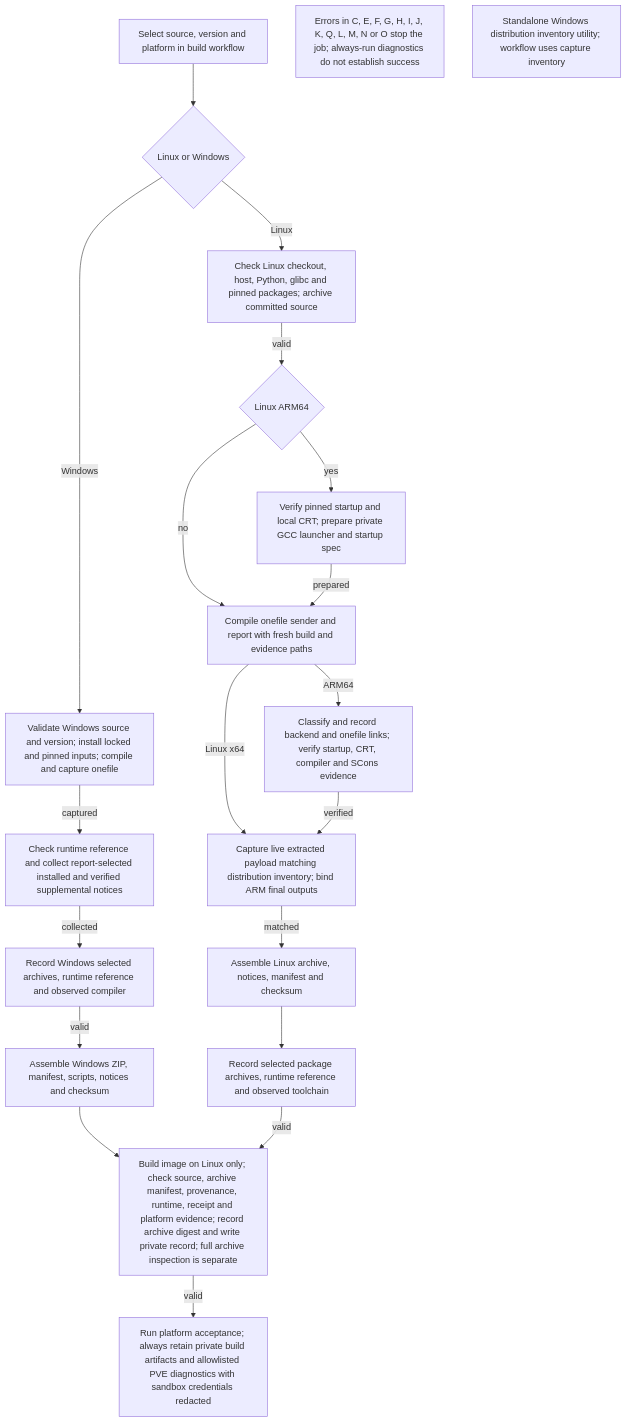
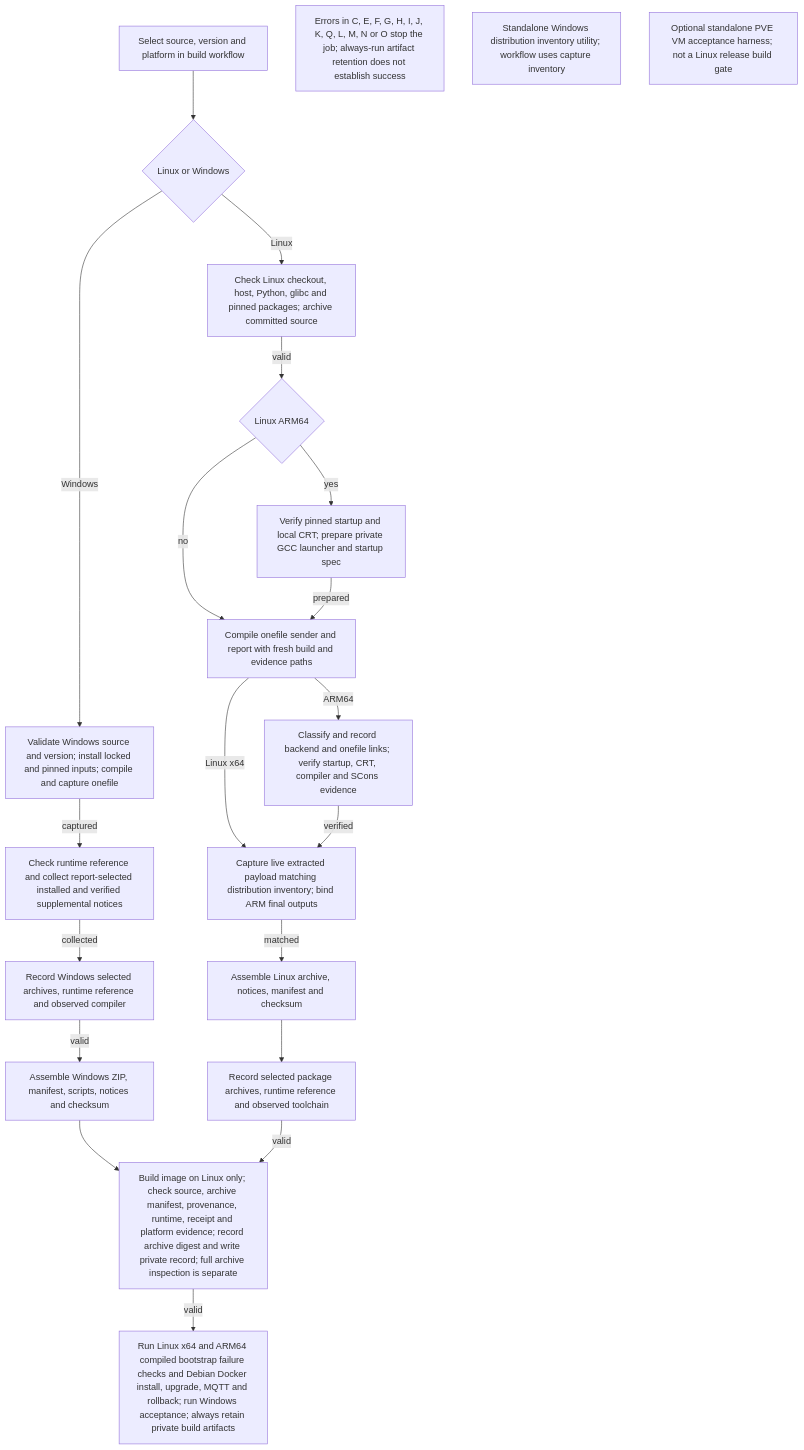
One commit to KarlSideProjects/hwmonitor-mqtt changed the diagram in docs/flows/sender.build.mmd. Above: the diagram before and after it, drawn with Mermaid. The commit also changed 17 other files, not shown here.

Commit message:
fix: use Linux release acceptance and preserve release identity

```diff
--- a/docs/flows/sender.build.mmd
+++ b/docs/flows/sender.build.mmd
@@ -1,37 +1,38 @@
 flowchart TD
     A["Select source, version and platform in build workflow"]
     B{"Linux or Windows"}
     C["Check Linux checkout, host, Python, glibc and pinned packages; archive committed source"]
     D{"Linux ARM64"}
     E["Verify pinned startup and local CRT; prepare private GCC launcher and startup spec"]
     F["Compile onefile sender and report with fresh build and evidence paths"]
     G["Classify and record backend and onefile links; verify startup, CRT, compiler and SCons evidence"]
     H["Capture live extracted payload matching distribution inventory; bind ARM final outputs"]
     I["Assemble Linux archive, notices, manifest and checksum"]
     J["Validate Windows source and version; install locked and pinned inputs; compile and capture onefile"]
     K["Check runtime reference and collect report-selected installed and verified supplemental notices"]
     Q["Record Windows selected archives, runtime reference and observed compiler"]
     L["Assemble Windows ZIP, manifest, scripts, notices and checksum"]
     M["Record selected package archives, runtime reference and observed toolchain"]
     N["Build image on Linux only; check source, archive manifest, provenance, runtime, receipt and platform evidence; record archive digest and write private record; full archive inspection is separate"]
-    O["Run platform acceptance; always retain private build artifacts and allowlisted PVE diagnostics with sandbox credentials redacted"]
-    P["Errors in C, E, F, G, H, I, J, K, Q, L, M, N or O stop the job; always-run diagnostics do not establish success"]
+    O["Run Linux x64 and ARM64 compiled bootstrap failure checks and Debian Docker install, upgrade, MQTT and rollback; run Windows acceptance; always retain private build artifacts"]
+    P["Errors in C, E, F, G, H, I, J, K, Q, L, M, N or O stop the job; always-run artifact retention does not establish success"]
     R["Standalone Windows distribution inventory utility; workflow uses capture inventory"]
+    S["Optional standalone PVE VM acceptance harness; not a Linux release build gate"]
     A --> B
     B -->|Linux| C
     B -->|Windows| J
     C -->|valid| D
     D -->|yes| E
     D -->|no| F
     E -->|prepared| F
     F -->|ARM64| G
     F -->|Linux x64| H
     G -->|verified| H
     H -->|matched| I
     J -->|captured| K
     K -->|collected| Q
     Q -->|valid| L
     I --> M
     L --> N
     M -->|valid| N
     N -->|valid| O
```
